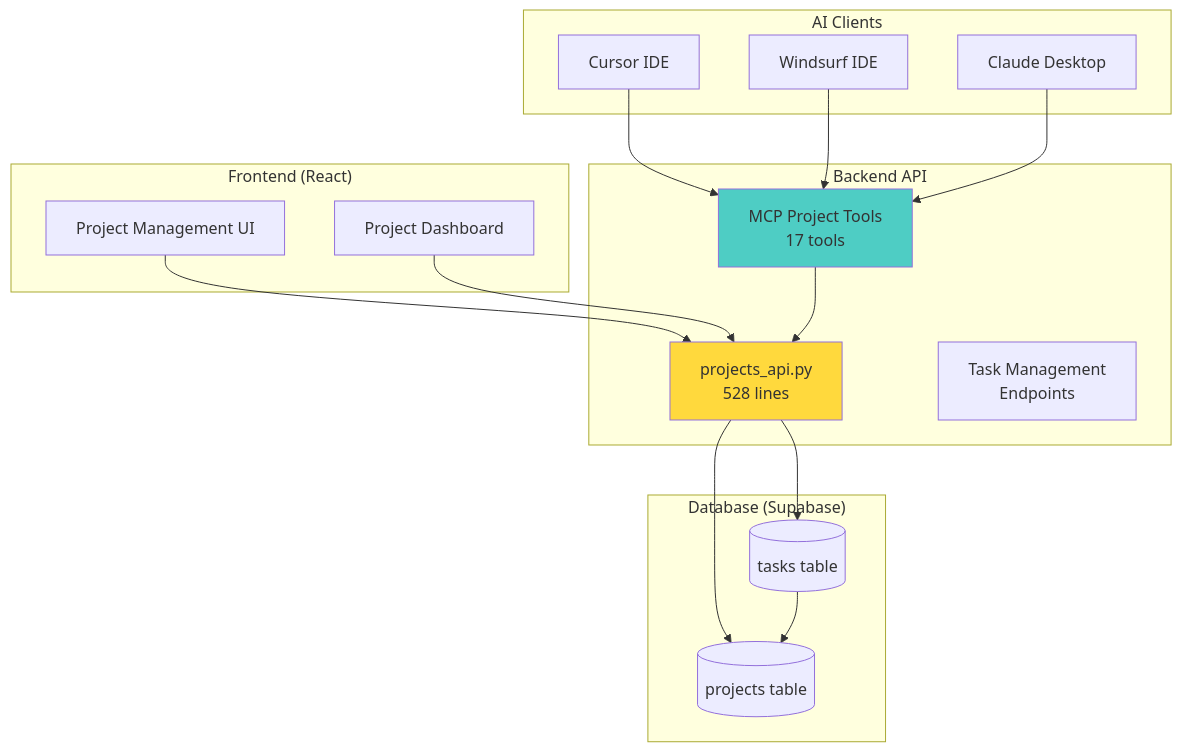
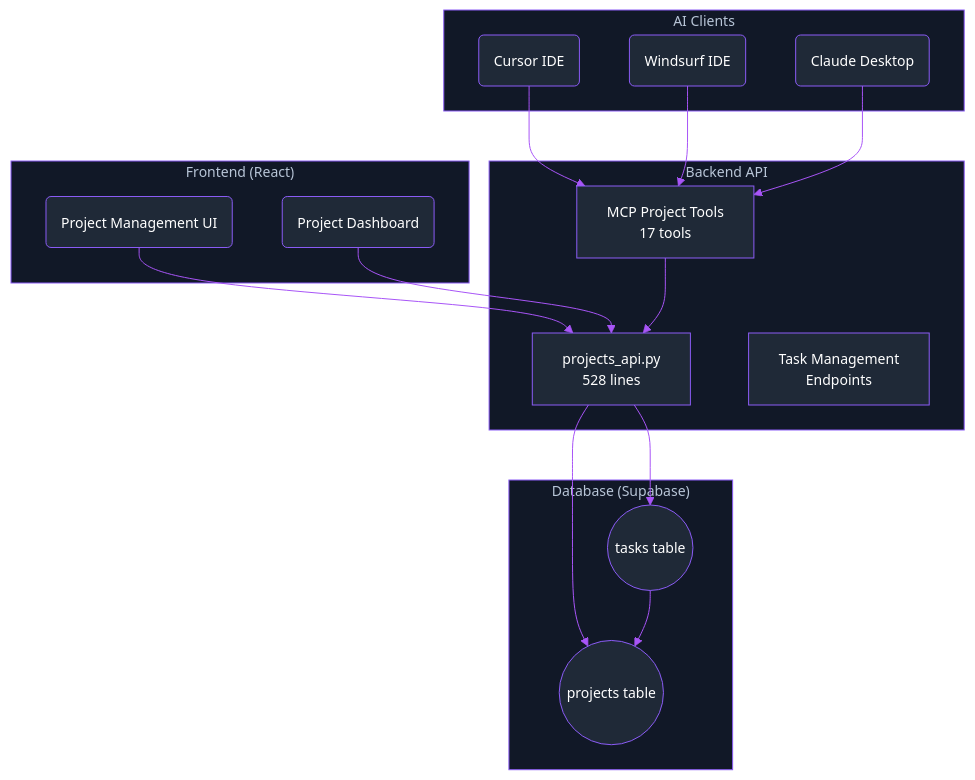
The first of 3 diagrams in docs/docs/tasks.mdx (tarsonis125/mcp-crawl4ai-rag-ChromaDB-V1), drawn with Mermaid before and after one commit. The commit also changed other lines of this file and 18 other files, not shown here.

First line of the commit message:
feat(tasks): update task status mappings and UI components

````diff
--- a/docs/docs/tasks.mdx
+++ b/docs/docs/tasks.mdx
@@ -27,40 +27,55 @@
 ```mermaid
+%%{init:{
+  'theme':'base',
+  'themeVariables': {
+    'primaryColor':'#1f2937',
+    'primaryTextColor':'#ffffff',
+    'primaryBorderColor':'#8b5cf6',
+    'lineColor':'#a855f7',
+    'textColor':'#ffffff',
+    'fontFamily':'Inter',
+    'fontSize':'14px',
+    'background':'#000000',
+    'mainBkg':'#1f2937',
+    'secondBkg':'#111827',
+    'borderColor':'#8b5cf6',
+    'clusterBkg':'#111827',
+    'clusterBorder':'#8b5cf6'
+  }
+}}%%
 graph TB
     subgraph "Frontend (React)"
-        TaskUI["Project Management UI"]
-        ProjectUI["Project Dashboard"]
+        TaskUI(Project Management UI)
+        ProjectUI(Project Dashboard)
     end
     
     subgraph "Backend API"
         ProjectAPI["projects_api.py<br/>528 lines"]
         TaskAPI["Task Management<br/>Endpoints"]
         MCPTools["MCP Project Tools<br/>17 tools"]
     end
     
     subgraph "Database (Supabase)"
-        ProjectsTable[("projects table")]
-        TasksTable[("tasks table")]
+        ProjectsTable(("projects table"))
+        TasksTable(("tasks table"))
     end
     
     subgraph "AI Clients"
-        Cursor["Cursor IDE"]
-        Windsurf["Windsurf IDE"]
-        Claude["Claude Desktop"]
+        Cursor(Cursor IDE)
+        Windsurf(Windsurf IDE)
+        Claude(Claude Desktop)
     end
     
     TaskUI --> ProjectAPI
     ProjectUI --> ProjectAPI
     
     ProjectAPI --> ProjectsTable
     ProjectAPI --> TasksTable
     TasksTable --> ProjectsTable
     
     Cursor --> MCPTools
     Windsurf --> MCPTools
     Claude --> MCPTools
     
     MCPTools --> ProjectAPI
-    
-    style MCPTools fill:#4ecdc4
-    style ProjectAPI fill:#ffd93d
 ```
````
